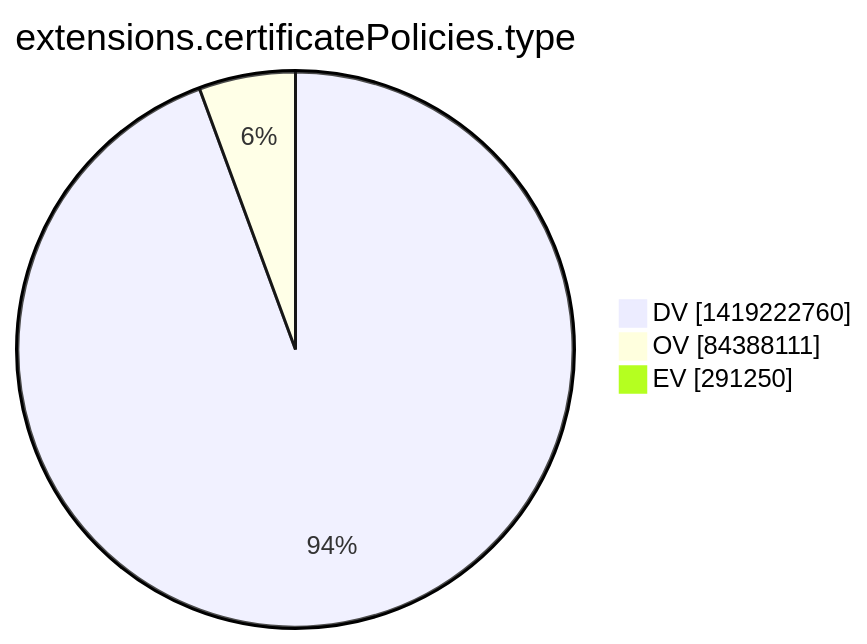
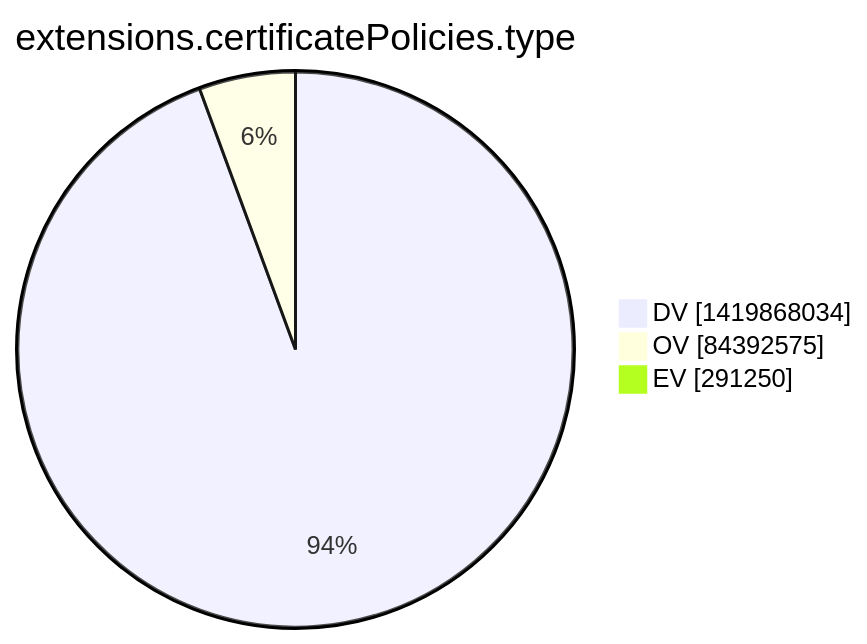
The tenth of 15 diagrams in argon2022/README.md (christiankrug/ctmonitor_visualization), drawn with Mermaid before and after one commit. The commit also changed other lines of this file, not shown here.

````diff
--- a/argon2022/README.md
+++ b/argon2022/README.md
@@ -2773,7 +2773,7 @@
 ```mermaid
 pie showData
 title extensions.certificatePolicies.type
-"DV" :1419222760
-"OV" :84388111
+"DV" :1419868034
+"OV" :84392575
 "EV" :291250
 ```
````
